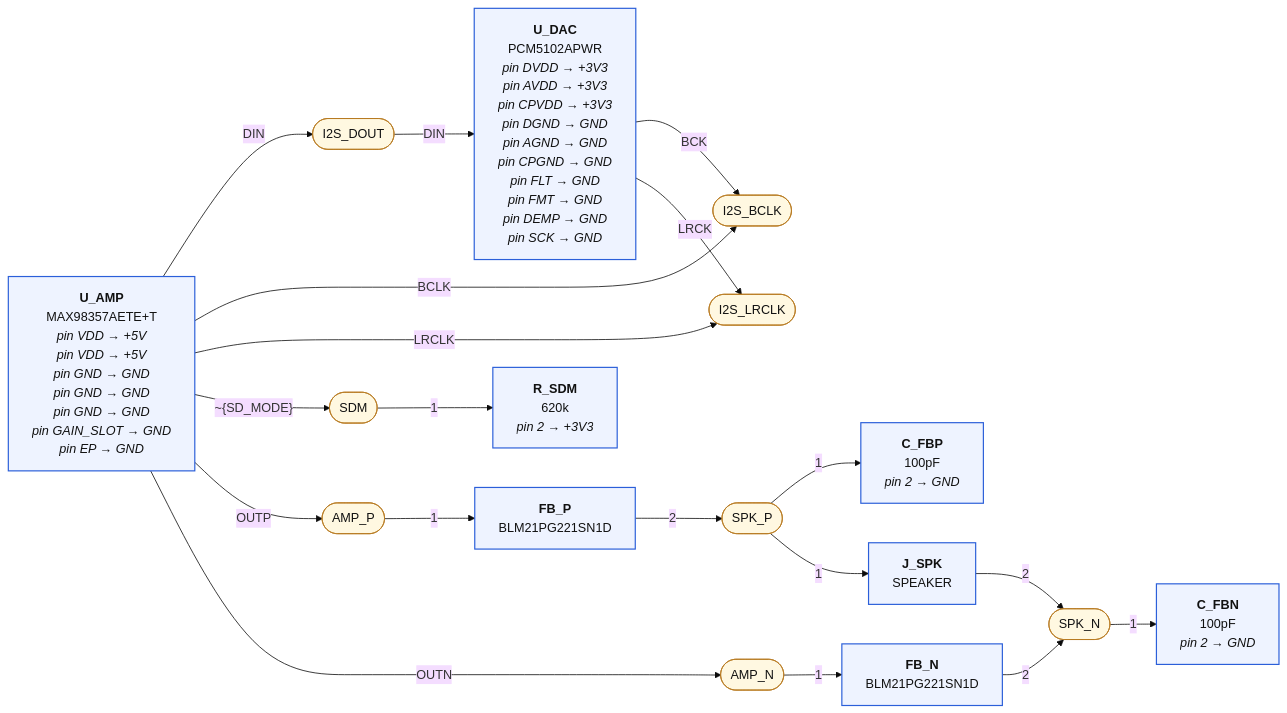
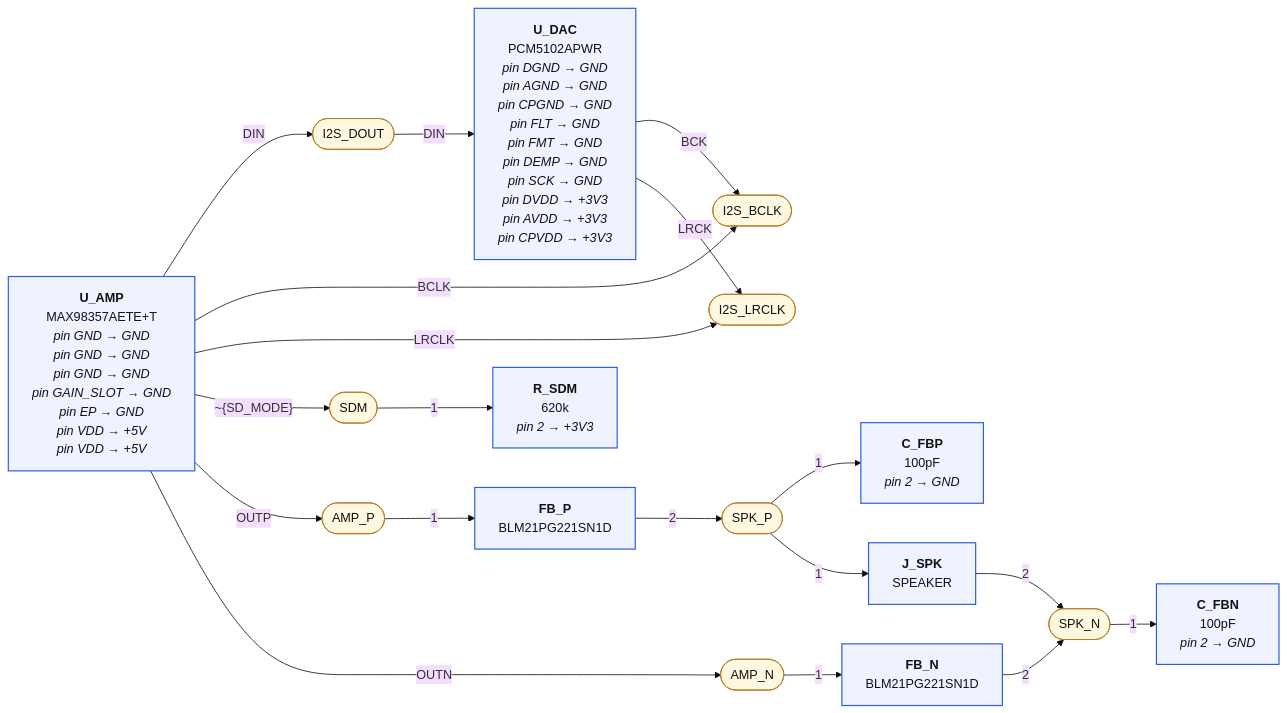
Before and after one commit to mrwillson2u/propmesh: the first of 4 diagrams in hardware/pro/sheets/04-audio.diagram.md, drawn with Mermaid (base theme). The commit also changed other lines of this file and 59 other files, not shown here.

````diff
--- a/hardware/pro/sheets/04-audio.diagram.md
+++ b/hardware/pro/sheets/04-audio.diagram.md
@@ -7,44 +7,44 @@
 ```mermaid
 graph LR
   classDef part fill:#eef3ff,stroke:#2b5fd9,stroke-width:1.5px,color:#111
   classDef net fill:#fff8e1,stroke:#b7791f,color:#111
   classDef rail fill:#ffe0b2,stroke:#e65100,stroke-width:3px,color:#111,font-weight:bold
   classDef badnet fill:#ffe0e0,stroke:#c00,stroke-width:3px,color:#111,font-weight:bold
   classDef absent fill:#fff,stroke:#c00,stroke-width:2px,stroke-dasharray:6 4,color:#c00
   classDef extra fill:#ffecec,stroke:#c00,stroke-width:2px,color:#111
   classDef dnp fill:#f5f5f5,stroke:#999,stroke-dasharray:3 3,color:#666
   N_I2S_DOUT(["I2S_DOUT"]):::net
-  P_U_AMP["<b>U_AMP</b><br/>MAX98357AETE+T<br/><i>pin VDD → +5V</i><br/><i>pin VDD → +5V</i><br/><i>pin GND → GND</i><br/><i>pin GND → GND</i><br/><i>pin GND → GND</i><br/><i>pin GAIN_SLOT → GND</i><br/><i>pin EP → GND</i>"]:::part
+  P_U_AMP["<b>U_AMP</b><br/>MAX98357AETE+T<br/><i>pin GND → GND</i><br/><i>pin GND → GND</i><br/><i>pin GND → GND</i><br/><i>pin GAIN_SLOT → GND</i><br/><i>pin EP → GND</i><br/><i>pin VDD → +5V</i><br/><i>pin VDD → +5V</i>"]:::part
   P_U_AMP --"DIN"--> N_I2S_DOUT
-  P_U_DAC["<b>U_DAC</b><br/>PCM5102APWR<br/><i>pin DVDD → +3V3</i><br/><i>pin AVDD → +3V3</i><br/><i>pin CPVDD → +3V3</i><br/><i>pin DGND → GND</i><br/><i>pin AGND → GND</i><br/><i>pin CPGND → GND</i><br/><i>pin FLT → GND</i><br/><i>pin FMT → GND</i><br/><i>pin DEMP → GND</i><br/><i>pin SCK → GND</i>"]:::part
+  P_U_DAC["<b>U_DAC</b><br/>PCM5102APWR<br/><i>pin DGND → GND</i><br/><i>pin AGND → GND</i><br/><i>pin CPGND → GND</i><br/><i>pin FLT → GND</i><br/><i>pin FMT → GND</i><br/><i>pin DEMP → GND</i><br/><i>pin SCK → GND</i><br/><i>pin DVDD → +3V3</i><br/><i>pin AVDD → +3V3</i><br/><i>pin CPVDD → +3V3</i>"]:::part
   N_I2S_DOUT --"DIN"--> P_U_DAC
   N_I2S_BCLK(["I2S_BCLK"]):::net
   P_U_AMP --"BCLK"--> N_I2S_BCLK
   P_U_DAC --"BCK"--> N_I2S_BCLK
   N_I2S_LRCLK(["I2S_LRCLK"]):::net
   P_U_AMP --"LRCLK"--> N_I2S_LRCLK
   P_U_DAC --"LRCK"--> N_I2S_LRCLK
   N_SDM(["SDM"]):::net
   P_U_AMP --"~{SD_MODE}"--> N_SDM
   P_R_SDM["<b>R_SDM</b><br/>620k<br/><i>pin 2 → +3V3</i>"]:::part
   N_SDM --"1"--> P_R_SDM
   N_AMP_P(["AMP_P"]):::net
   P_U_AMP --"OUTP"--> N_AMP_P
   P_FB_P["<b>FB_P</b><br/>BLM21PG221SN1D"]:::part
   N_AMP_P --"1"--> P_FB_P
   N_SPK_P(["SPK_P"]):::net
   P_FB_P --"2"--> N_SPK_P
   P_C_FBP["<b>C_FBP</b><br/>100pF<br/><i>pin 2 → GND</i>"]:::part
   N_SPK_P --"1"--> P_C_FBP
   P_J_SPK["<b>J_SPK</b><br/>SPEAKER"]:::part
   N_SPK_P --"1"--> P_J_SPK
   N_AMP_N(["AMP_N"]):::net
   P_U_AMP --"OUTN"--> N_AMP_N
   P_FB_N["<b>FB_N</b><br/>BLM21PG221SN1D"]:::part
   N_AMP_N --"1"--> P_FB_N
   N_SPK_N(["SPK_N"]):::net
   P_FB_N --"2"--> N_SPK_N
   P_C_FBN["<b>C_FBN</b><br/>100pF<br/><i>pin 2 → GND</i>"]:::part
   N_SPK_N --"1"--> P_C_FBN
   P_J_SPK --"2"--> N_SPK_N
 ```
````
